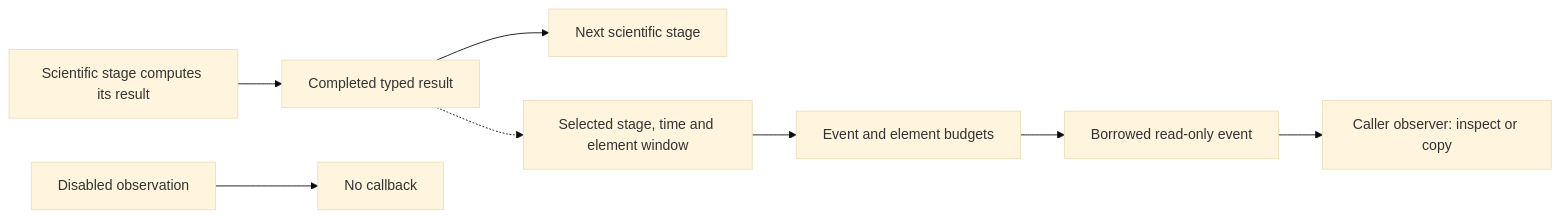
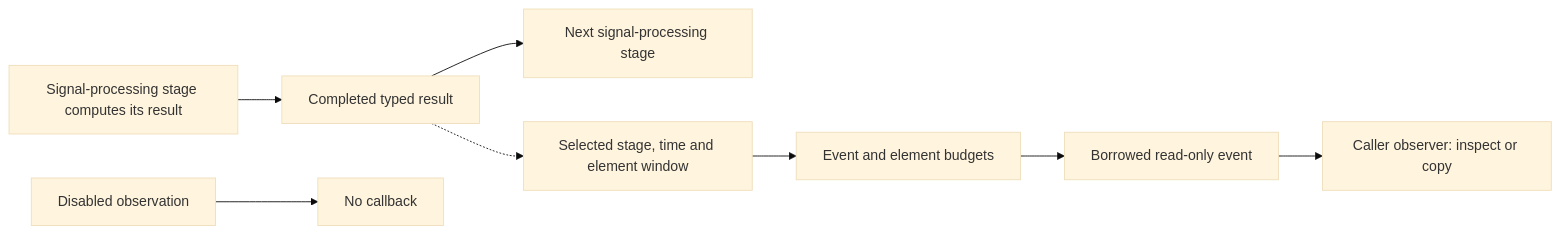
Before and after one commit to mgarcia01752/merlin: the diagram in docs/user/simulation/test-points.md, drawn with Mermaid (base theme). The commit also changed other lines of this file and 130 other files, not shown here.

````diff
--- a/docs/user/simulation/test-points.md
+++ b/docs/user/simulation/test-points.md
@@ -7,9 +7,9 @@
 ```mermaid
 flowchart LR
-    STAGE["Scientific stage computes its result"] --> RESULT["Completed typed result"]
-    RESULT --> NEXT["Next scientific stage"]
+    STAGE["Signal-processing stage computes its result"] --> RESULT["Completed typed result"]
+    RESULT --> NEXT["Next signal-processing stage"]
     RESULT -.-> SELECT["Selected stage, time and element window"]
     SELECT --> LIMIT["Event and element budgets"] --> VIEW["Borrowed read-only event"]
     VIEW --> SINK["Caller observer: inspect or copy"]
     OFF["Disabled observation"] --> SKIP["No callback"]
 ```
````
